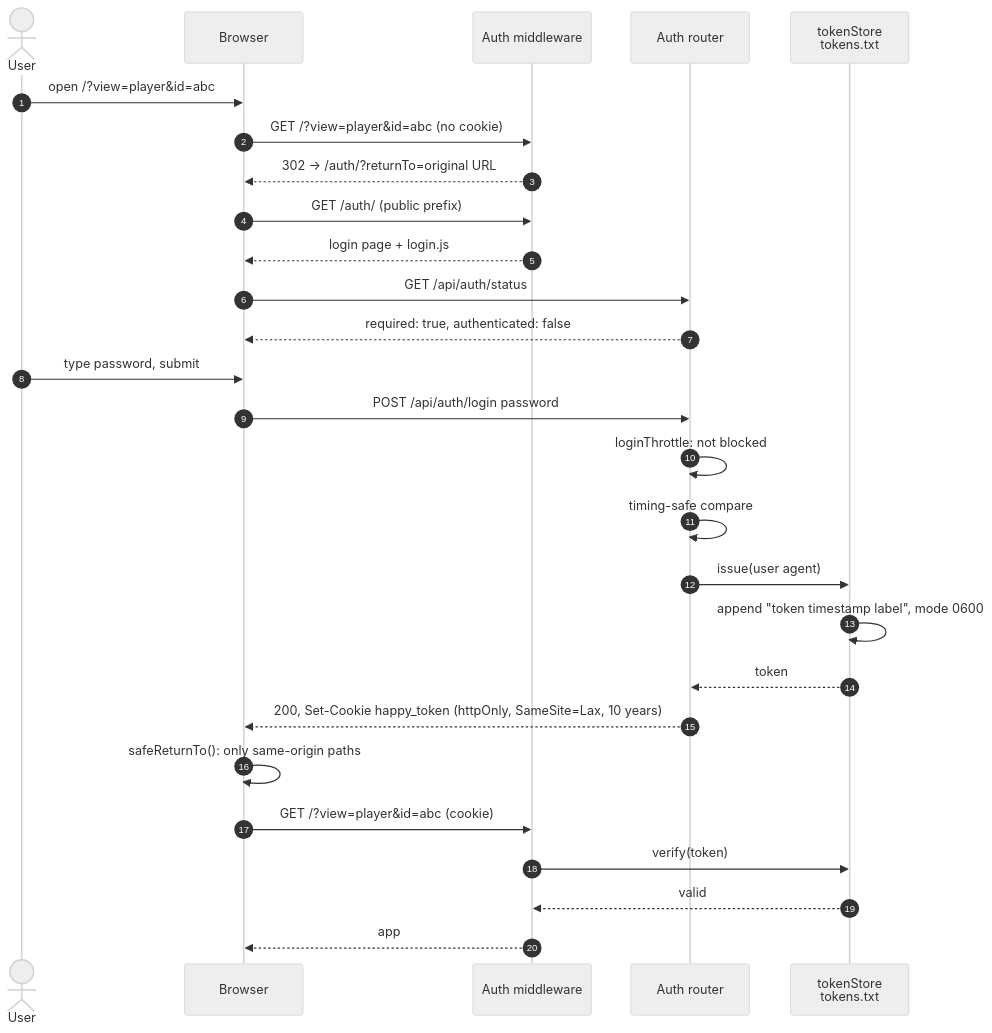
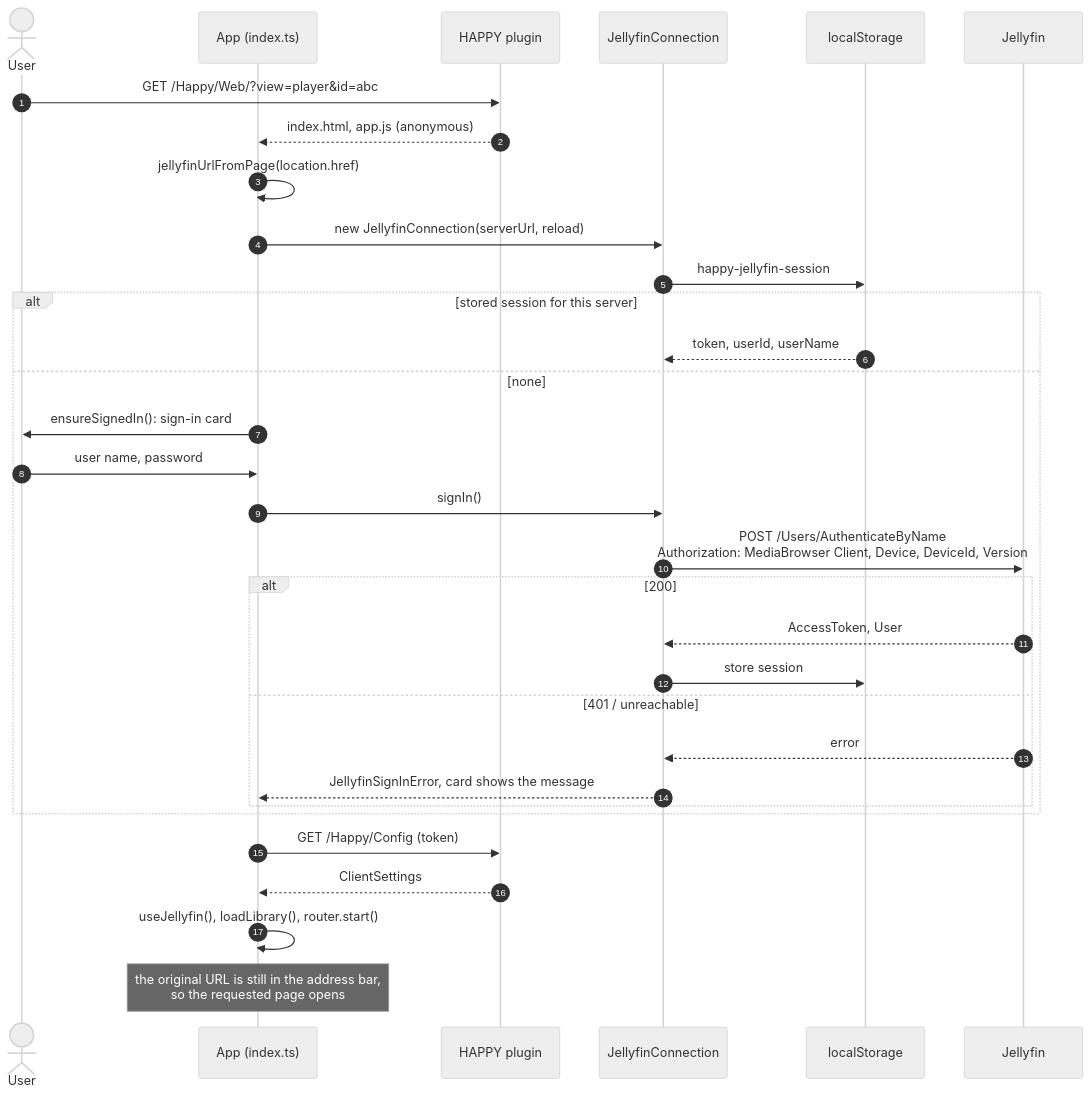
The first of 2 diagrams in docs/developer/use-cases/login.md (lumbar-spine-support/docker-haptic-player), drawn with Mermaid (neutral theme) before and after one commit. The commit also changed other lines of this file and 219 other files, not shown here.

````diff
--- a/docs/developer/use-cases/login.md
+++ b/docs/developer/use-cases/login.md
@@ -11,30 +11,35 @@
 ```mermaid
 sequenceDiagram
   autonumber
   actor U as User
-  participant B as Browser
-  participant MW as Auth middleware
-  participant AR as Auth router
-  participant TS as tokenStore<br/>tokens.txt
+  participant A as App (index.ts)
+  participant P as HAPPY plugin
+  participant C as JellyfinConnection
+  participant LS as localStorage
+  participant J as Jellyfin
 
-  U->>B: open /?view=player&id=abc
-  B->>MW: GET /?view=player&id=abc (no cookie)
-  MW-->>B: 302 → /auth/?returnTo=original URL
-  B->>MW: GET /auth/ (public prefix)
-  MW-->>B: login page + login.js
-  B->>AR: GET /api/auth/status
-  AR-->>B: required: true, authenticated: false
-  U->>B: type password, submit
-  B->>AR: POST /api/auth/login password
-  AR->>AR: loginThrottle: not blocked
-  AR->>AR: timing-safe compare
-  AR->>TS: issue(user agent)
-  TS->>TS: append "token timestamp label", mode 0600
-  TS-->>AR: token
-  AR-->>B: 200, Set-Cookie happy_token (httpOnly, SameSite=Lax, 10 years)
-  B->>B: safeReturnTo(): only same-origin paths
-  B->>MW: GET /?view=player&id=abc (cookie)
-  MW->>TS: verify(token)
-  TS-->>MW: valid
-  MW-->>B: app
+  U->>P: GET /Happy/Web/?view=player&id=abc
+  P-->>A: index.html, app.js (anonymous)
+  A->>A: jellyfinUrlFromPage(location.href)
+  A->>C: new JellyfinConnection(serverUrl, reload)
+  C->>LS: happy-jellyfin-session
+  alt stored session for this server
+    LS-->>C: token, userId, userName
+  else none
+    A->>U: ensureSignedIn(): sign-in card
+    U->>A: user name, password
+    A->>C: signIn()
+    C->>J: POST /Users/AuthenticateByName<br/>Authorization: MediaBrowser Client, Device, DeviceId, Version
+    alt 200
+      J-->>C: AccessToken, User
+      C->>LS: store session
+    else 401 / unreachable
+      J-->>C: error
+      C-->>A: JellyfinSignInError, card shows the message
+    end
+  end
+  A->>P: GET /Happy/Config (token)
+  P-->>A: ClientSettings
+  A->>A: useJellyfin(), loadLibrary(), router.start()
+  Note over A: the original URL is still in the address bar,<br/>so the requested page opens
 ```
````
